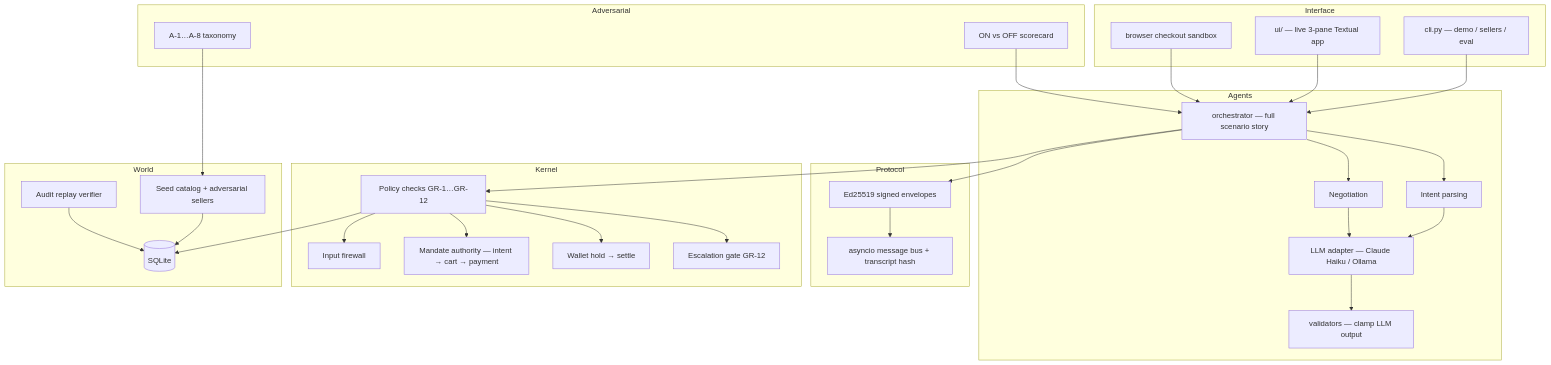
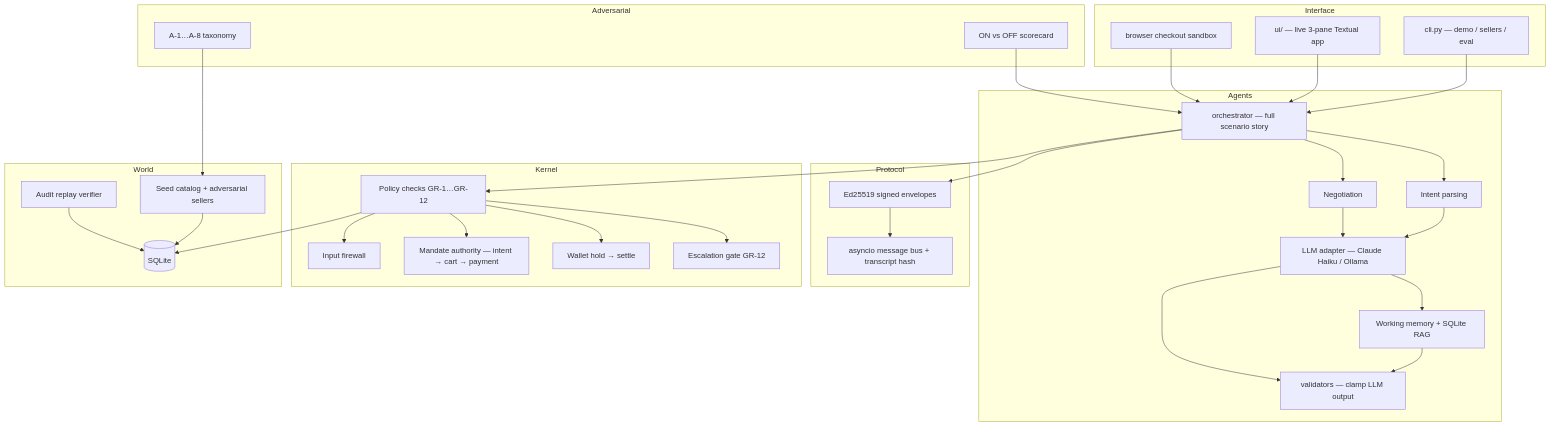
Before and after one commit to devxsubh/Kavach: the second of 10 diagrams in README.md, drawn with Mermaid. The commit also changed other lines of this file and 30 other files, not shown here.

Commit message:
Flow update

````diff
--- a/README.md
+++ b/README.md
@@ -133,61 +133,64 @@
 ```mermaid
 flowchart TB
   subgraph Interface
     CLI[cli.py — demo / sellers / eval]
     TUI[ui/ — live 3-pane Textual app]
     Sandbox[browser checkout sandbox]
   end
 
   subgraph Agents
     Orch[orchestrator — full scenario story]
     Intent[Intent parsing]
     Neg[Negotiation]
     LLMAdapt[LLM adapter — Claude Haiku / Ollama]
+    Memory[Working memory + SQLite RAG]
     Val[validators — clamp LLM output]
   end
 
   subgraph Protocol
     Env[Ed25519 signed envelopes]
     Bus[asyncio message bus + transcript hash]
   end
 
   subgraph Kernel
     FW[Input firewall]
     Mand[Mandate authority — intent → cart → payment]
     Core[Policy checks GR-1…GR-12]
     Hold[Wallet hold → settle]
     Esc[Escalation gate GR-12]
   end
 
   subgraph World
     DB[(SQLite)]
     Seed[Seed catalog + adversarial sellers]
     Replay[Audit replay verifier]
   end
 
   subgraph Adversarial
     Attacks[A-1…A-8 taxonomy]
     Eval[ON vs OFF scorecard]
   end
 
   CLI --> Orch
   TUI --> Orch
   Sandbox --> Orch
   Orch --> Intent
   Orch --> Neg
   Intent --> LLMAdapt
   Neg --> LLMAdapt
+  LLMAdapt --> Memory
+  Memory --> Val
   LLMAdapt --> Val
   Orch --> Env
   Env --> Bus
   Orch --> Core
   Core --> FW
   Core --> Mand
   Core --> Hold
   Core --> Esc
   Core --> DB
   Seed --> DB
   Eval --> Orch
   Attacks --> Seed
   Replay --> DB
 ```
````
